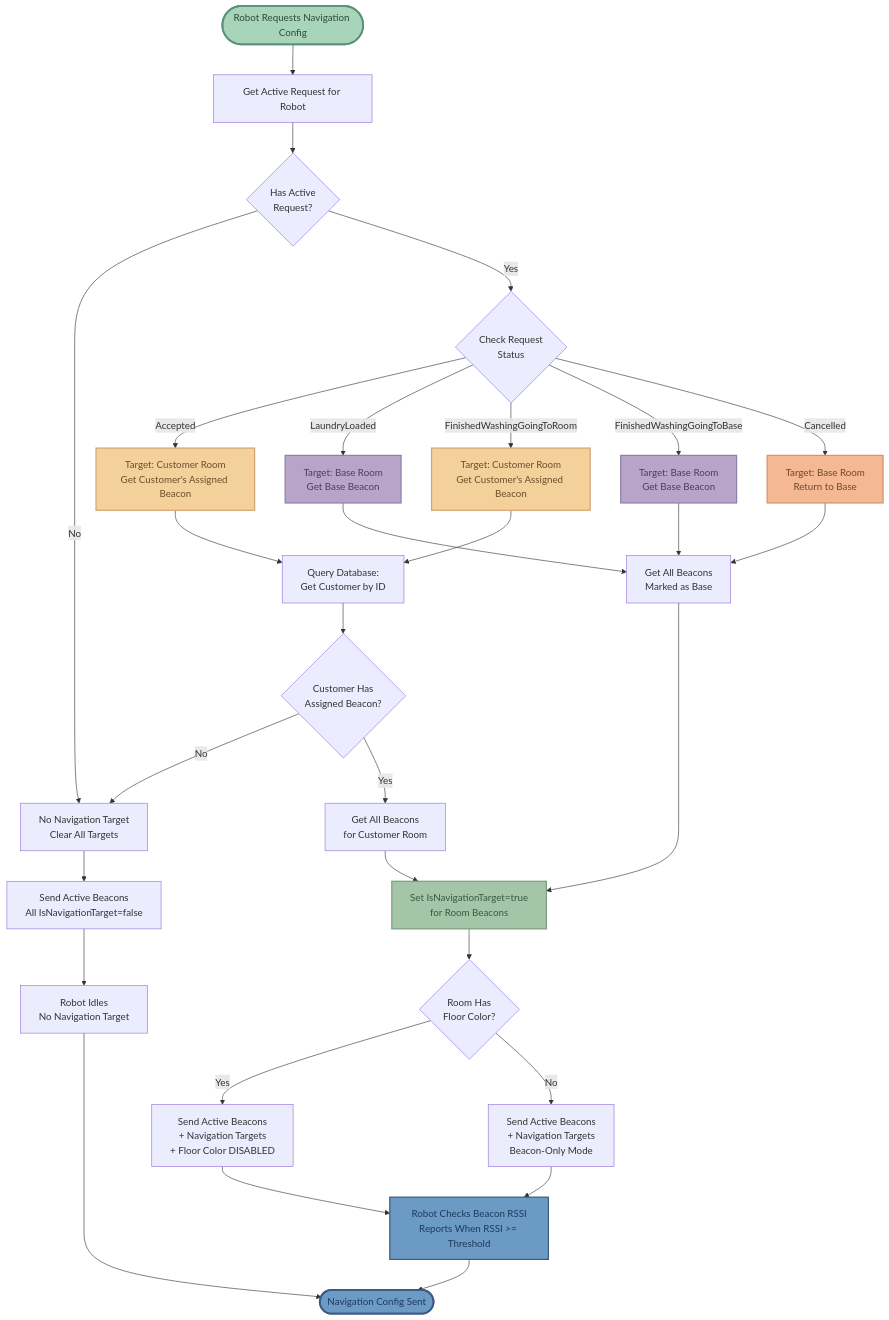
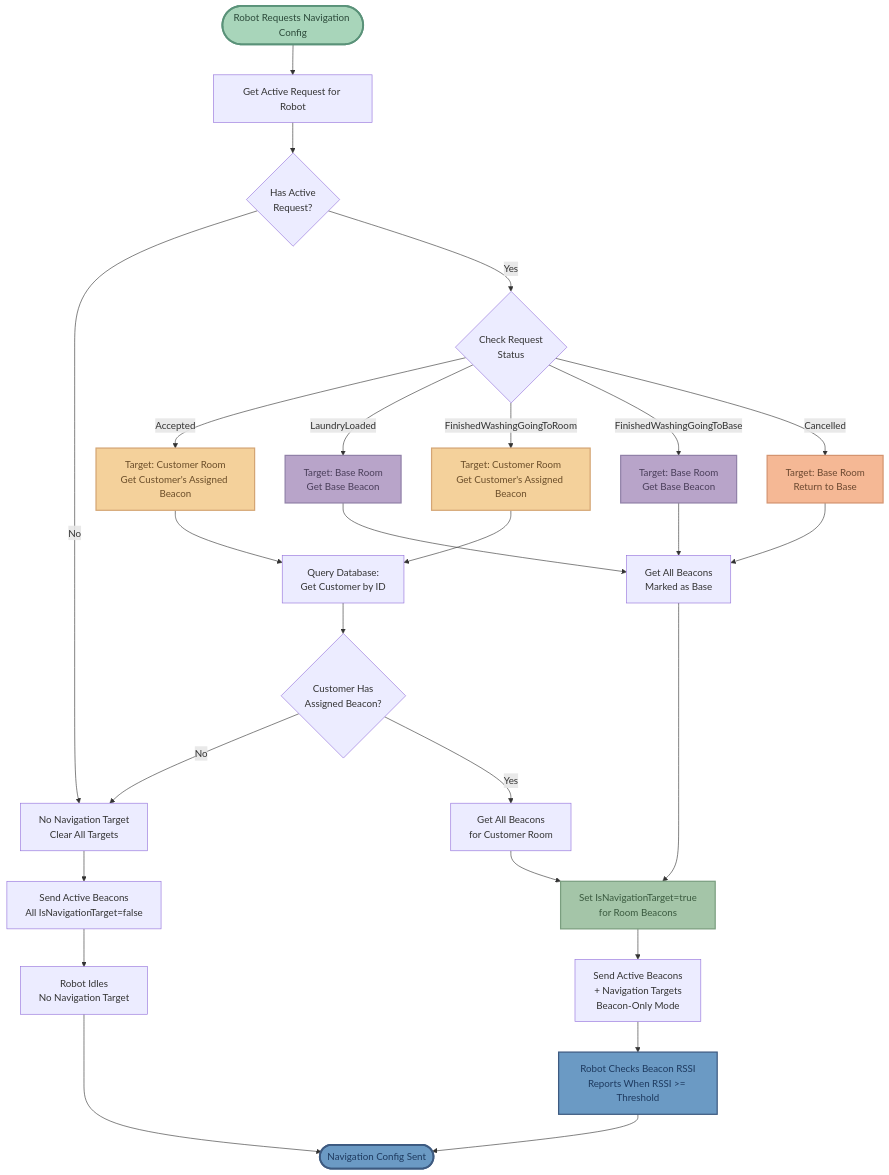
One commit to lavenderblue2/laundry-robot changed the fifth of 13 diagrams in ALGORITHMS.md. Above: the diagram before and after it, drawn with Mermaid.

Commit message:
Remove floor color detection from navigation algorithm flowchart

````diff
--- a/ALGORITHMS.md
+++ b/ALGORITHMS.md
@@ -236,52 +236,49 @@
 ```mermaid
 flowchart TD
     Start([Robot Requests Navigation Config]) --> GetRequest[Get Active Request for Robot]
 
     GetRequest --> HasRequest{Has Active<br/>Request?}
     HasRequest -->|No| NoTarget[No Navigation Target<br/>Clear All Targets]
 
     HasRequest -->|Yes| CheckStatus{Check Request<br/>Status}
 
     CheckStatus -->|Accepted| CustomerRoom[Target: Customer Room<br/>Get Customer's Assigned Beacon]
     CheckStatus -->|LaundryLoaded| BaseRoom1[Target: Base Room<br/>Get Base Beacon]
     CheckStatus -->|FinishedWashingGoingToRoom| CustomerRoom2[Target: Customer Room<br/>Get Customer's Assigned Beacon]
     CheckStatus -->|FinishedWashingGoingToBase| BaseRoom2[Target: Base Room<br/>Get Base Beacon]
     CheckStatus -->|Cancelled| BaseRoom3[Target: Base Room<br/>Return to Base]
 
     CustomerRoom --> LookupCustomer[Query Database:<br/>Get Customer by ID]
     CustomerRoom2 --> LookupCustomer
 
     LookupCustomer --> HasBeacon{Customer Has<br/>Assigned Beacon?}
     HasBeacon -->|No| NoTarget
     HasBeacon -->|Yes| GetRoomBeacons[Get All Beacons<br/>for Customer Room]
 
     BaseRoom1 --> GetBaseBeacons[Get All Beacons<br/>Marked as Base]
     BaseRoom2 --> GetBaseBeacons
     BaseRoom3 --> GetBaseBeacons
 
     GetRoomBeacons --> SetTargets[Set IsNavigationTarget=true<br/>for Room Beacons]
     GetBaseBeacons --> SetTargets
 
-    SetTargets --> GetFloorColor{Room Has<br/>Floor Color?}
-    GetFloorColor -->|Yes| SendWithColor[Send Active Beacons<br/>+ Navigation Targets<br/>+ Floor Color DISABLED]
-    GetFloorColor -->|No| SendBeaconOnly[Send Active Beacons<br/>+ Navigation Targets<br/>Beacon-Only Mode]
+    SetTargets --> SendBeacons[Send Active Beacons<br/>+ Navigation Targets<br/>Beacon-Only Mode]
 
     NoTarget --> SendEmpty[Send Active Beacons<br/>All IsNavigationTarget=false]
 
-    SendWithColor --> RobotNavigates[Robot Checks Beacon RSSI<br/>Reports When RSSI >= Threshold]
-    SendBeaconOnly --> RobotNavigates
+    SendBeacons --> RobotNavigates[Robot Checks Beacon RSSI<br/>Reports When RSSI >= Threshold]
     SendEmpty --> RobotIdle[Robot Idles<br/>No Navigation Target]
 
     RobotNavigates --> End([Navigation Config Sent])
     RobotIdle --> End
 
     style Start fill:#A8D5BA,stroke:#5A9279,stroke-width:3px,color:#2C4A3A
     style End fill:#6B9AC4,stroke:#3D5A80,stroke-width:3px,color:#1E3A5F
     style CustomerRoom fill:#F4D19B,stroke:#D4A574,stroke-width:2px,color:#6B4E2A
     style CustomerRoom2 fill:#F4D19B,stroke:#D4A574,stroke-width:2px,color:#6B4E2A
     style BaseRoom1 fill:#B8A4C9,stroke:#9181A8,stroke-width:2px,color:#4A3E5A
     style BaseRoom2 fill:#B8A4C9,stroke:#9181A8,stroke-width:2px,color:#4A3E5A
     style BaseRoom3 fill:#F5B895,stroke:#D49470,stroke-width:2px,color:#6B4830
     style SetTargets fill:#A4C5A8,stroke:#7A9E7F,stroke-width:2px,color:#3A5A3F
     style RobotNavigates fill:#6B9AC4,stroke:#3D5A80,stroke-width:2px,color:#1E3A5F
 ```
````
